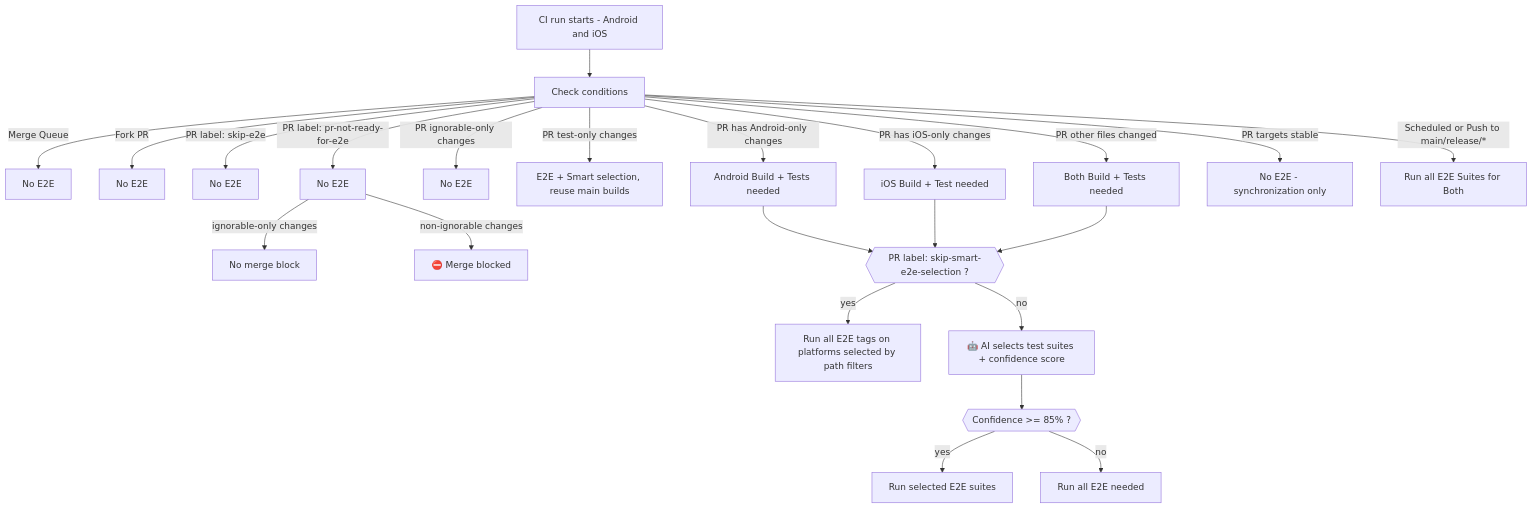
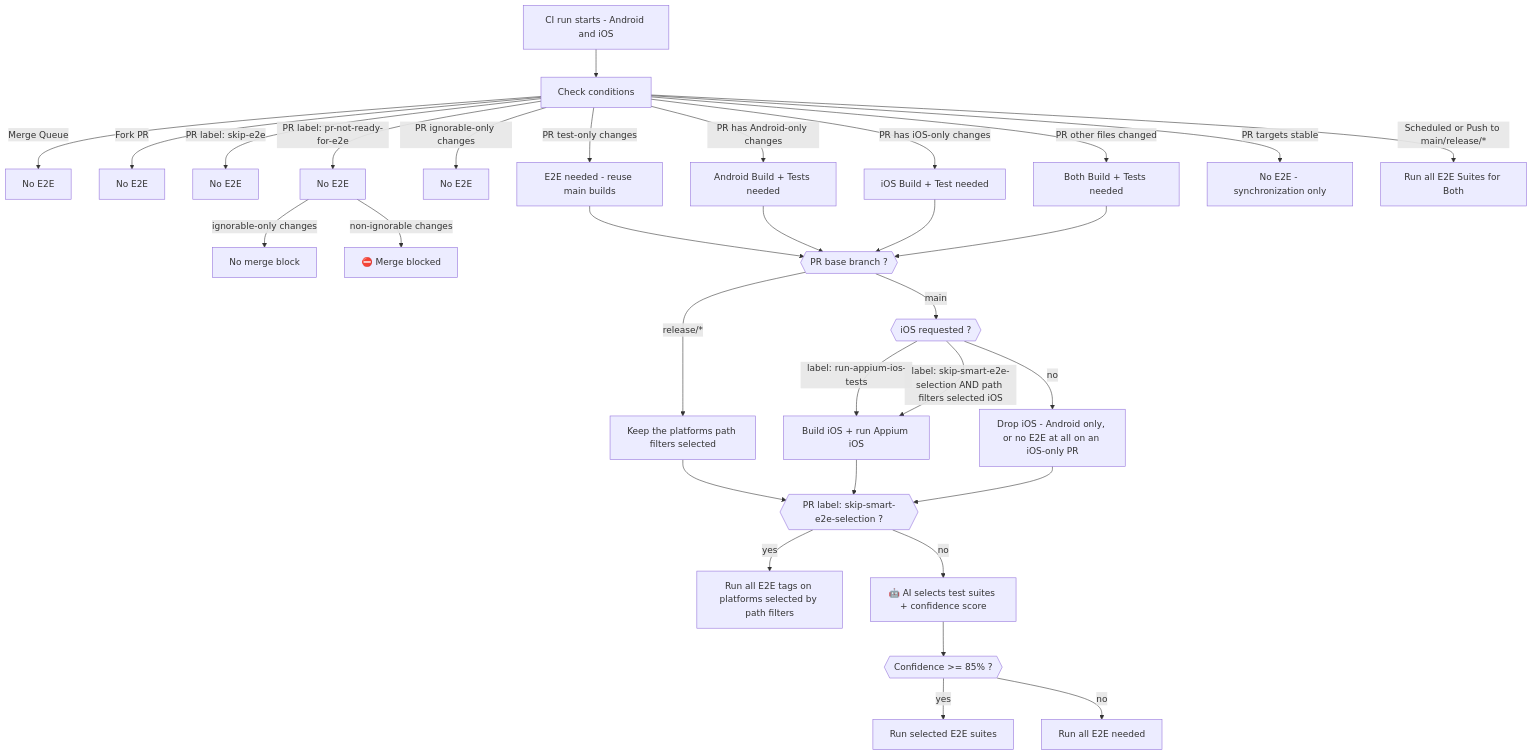
One commit to MetaMask/metamask-mobile changed the diagram in .github/guidelines/E2E_DECISION_TREE.md. Above: the diagram before and after it, drawn with Mermaid. The commit also changed other lines of this file and 8 other files, not shown here.

First line of the commit message:
ci: build iOS on PRs into main only when requested

````diff
--- a/.github/guidelines/E2E_DECISION_TREE.md
+++ b/.github/guidelines/E2E_DECISION_TREE.md
@@ -5,24 +5,30 @@
 ```mermaid
 flowchart TD
     CI[CI run starts - Android and iOS] --> GR[Check conditions]
     GR -->|Merge Queue | MQ[No E2E]
     GR -->|Fork PR| FK[No E2E]
     GR -->|PR label: skip-e2e| HS[No E2E]
     GR -->|PR label: pr-not-ready-for-e2e| L2[No E2E]
     L2 -->|ignorable-only changes| NoBlock[No merge block]
     L2 -->|non-ignorable changes| Skip2[⛔️ Merge blocked]
     GR -->|PR ignorable-only changes| Ignorable[No E2E]
-    GR -->|PR test-only changes| TestOnly[E2E + Smart selection, reuse main builds]
+    GR -->|PR test-only changes| TestOnly[E2E needed - reuse main builds]
     GR -->|PR has Android-only changes| Android[Android Build + Tests needed]
     GR -->|PR has iOS-only changes| iOS[iOS Build + Test needed]
     GR -->|PR other files changed| Both[Both Build + Tests needed]
     GR -->|PR targets stable| StableSync[No E2E - synchronization only]
     GR -->|Scheduled or Push to main/release/*| Full[Run all E2E Suites for Both]
 
-    Android & iOS & Both --> LABEL{{PR label: skip-smart-e2e-selection ?}}
+    TestOnly & Android & iOS & Both --> BASE{{PR base branch ?}}
+    BASE -->|release/*| KeepIOS[Keep the platforms path filters selected]
+    BASE -->|main| IOSREQ{{iOS requested ?}}
+    IOSREQ -->|label: run-appium-ios-tests| OptIn[Build iOS + run Appium iOS]
+    IOSREQ -->|label: skip-smart-e2e-selection AND path filters selected iOS| OptIn
+    IOSREQ -->|no| StripIOS[Drop iOS - Android only, or no E2E at all on an iOS-only PR]
+    StripIOS & KeepIOS & OptIn --> LABEL{{PR label: skip-smart-e2e-selection ?}}
     LABEL -->|yes| AllTags[Run all E2E tags on platforms selected by path filters]
     LABEL -->|no| AI[🤖 AI selects test suites + confidence score]
     AI --> CONF{{Confidence >= 85% ?}}
     CONF -->|yes| SelectedTags[Run selected E2E suites]
     CONF -->|no| AllTagsFallback[Run all E2E needed]
 ```
````
